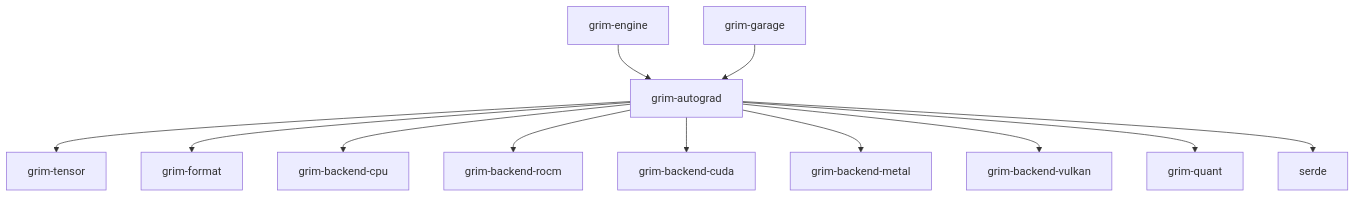
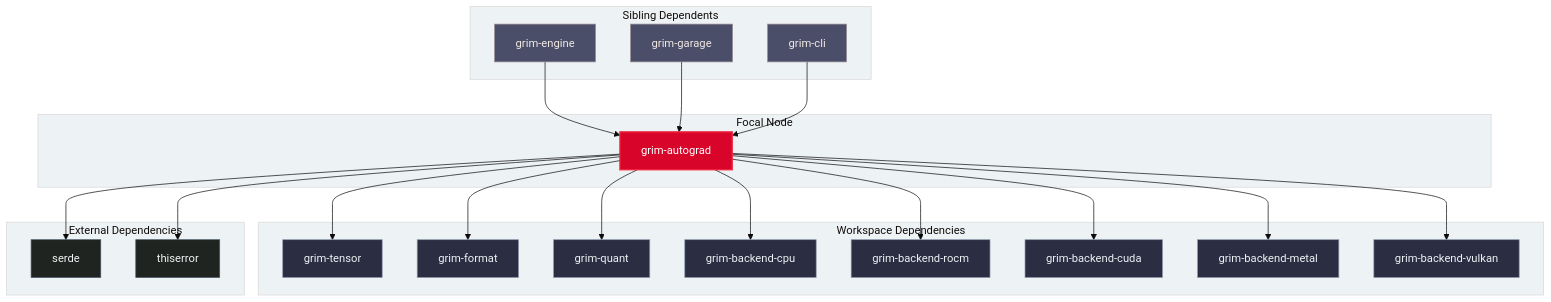
Before and after one commit to sydonayrex/grim: the diagram in crates/grim-autograd/README.md, drawn with Mermaid. The commit also changed other lines of this file and 32 other files, not shown here.

Commit message:
docs & fixes: update all crate readmes and docs, fix vulkan/cuda backends

````diff
--- a/crates/grim-autograd/README.md
+++ b/crates/grim-autograd/README.md
@@ -12,15 +14,54 @@
 ```mermaid
-graph TD
-    grim-engine --> grim-autograd
-    grim-garage --> grim-autograd
+%%{init: {'theme': 'base', 'themeVariables': { 'primaryColor': '#2b2d42', 'edgeLabelBackground':'#ffffff', 'tertiaryColor': '#edf2f4'}}}%%
+flowchart TD
+    subgraph Sibling Dependents
+        grim_engine["grim-engine"]
+        grim_garage["grim-garage"]
+        grim_cli["grim-cli"]
+    end
 
-    grim-autograd --> grim-tensor
-    grim-autograd --> grim-format
-    grim-autograd --> grim-backend-cpu
-    grim-autograd --> grim-backend-rocm
-    grim-autograd --> grim-backend-cuda
-    grim-autograd --> grim-backend-metal
-    grim-autograd --> grim-backend-vulkan
-    grim-autograd --> grim-quant
-    grim-autograd --> serde
+    subgraph Focal Node
+        grim_autograd["grim-autograd"]
+    end
+
+    subgraph Workspace Dependencies
+        grim_tensor["grim-tensor"]
+        grim_format["grim-format"]
+        grim_quant["grim-quant"]
+        grim_backend_cpu["grim-backend-cpu"]
+        grim_backend_rocm["grim-backend-rocm"]
+        grim_backend_cuda["grim-backend-cuda"]
+        grim_backend_metal["grim-backend-metal"]
+        grim_backend_vulkan["grim-backend-vulkan"]
+    end
+
+    subgraph External Dependencies
+        serde["serde"]
+        thiserror["thiserror"]
+    end
+
+    grim_engine --> grim_autograd
+    grim_garage --> grim_autograd
+    grim_cli --> grim_autograd
+
+    grim_autograd --> grim_tensor
+    grim_autograd --> grim_format
+    grim_autograd --> grim_quant
+    grim_autograd --> grim_backend_cpu
+    grim_autograd --> grim_backend_rocm
+    grim_autograd --> grim_backend_cuda
+    grim_autograd --> grim_backend_metal
+    grim_autograd --> grim_backend_vulkan
+    grim_autograd --> serde
+    grim_autograd --> thiserror
+
+    classDef focal fill:#d90429,stroke:#ef233c,stroke-width:2px,color:#ffffff;
+    classDef workspace fill:#2b2d42,stroke:#8d99ae,stroke-width:1px,color:#edf2f4;
+    classDef sibling fill:#4a4e69,stroke:#9a8c98,stroke-width:1px,color:#f2e9e4;
+    classDef external fill:#1f2421,stroke:#495867,stroke-width:1px,color:#f0f3f4;
+
+    class grim_autograd focal;
+    class grim_tensor,grim_format,grim_quant,grim_backend_cpu,grim_backend_rocm,grim_backend_cuda,grim_backend_metal,grim_backend_vulkan workspace;
+    class grim_engine,grim_garage,grim_cli sibling;
+    class serde,thiserror external;
 ```
````
